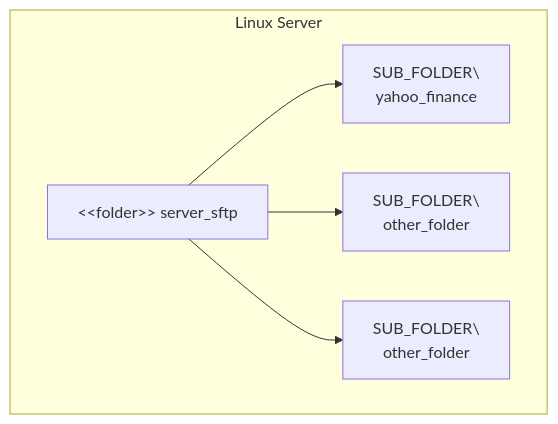
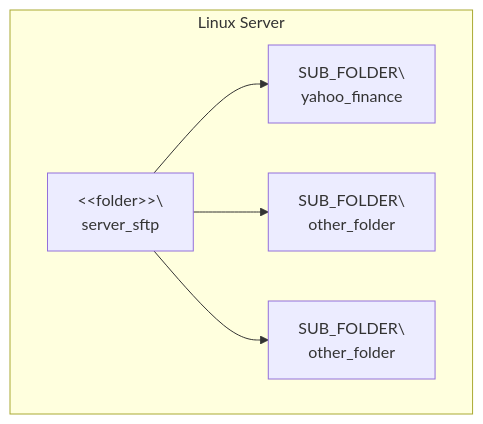
The second of 3 diagrams in server_sftp/README.md (TrulyDigital/DATA_STREET), drawn with Mermaid before and after one commit.

Commit message:
update: server_sftp README.md

````diff
--- a/server_sftp/README.md
+++ b/server_sftp/README.md
@@ -14,13 +14,13 @@
 ```mermaid
 graph TD
     subgraph Contenedor_A [Linux Server]
-        A1[&lt;&lt;folder&gt;&gt; server_sftp]
+        A1[&lt;&lt;folder&gt;&gt;\<br/> server_sftp]
         A2[SUB_FOLDER\<br/> yahoo_finance]
         A3[SUB_FOLDER\<br/> other_folder]
         A4[SUB_FOLDER\<br/> other_folder]
     end
 
     A1 --> A2
     A1 --> A3
     A1 --> A4
 ```
````
